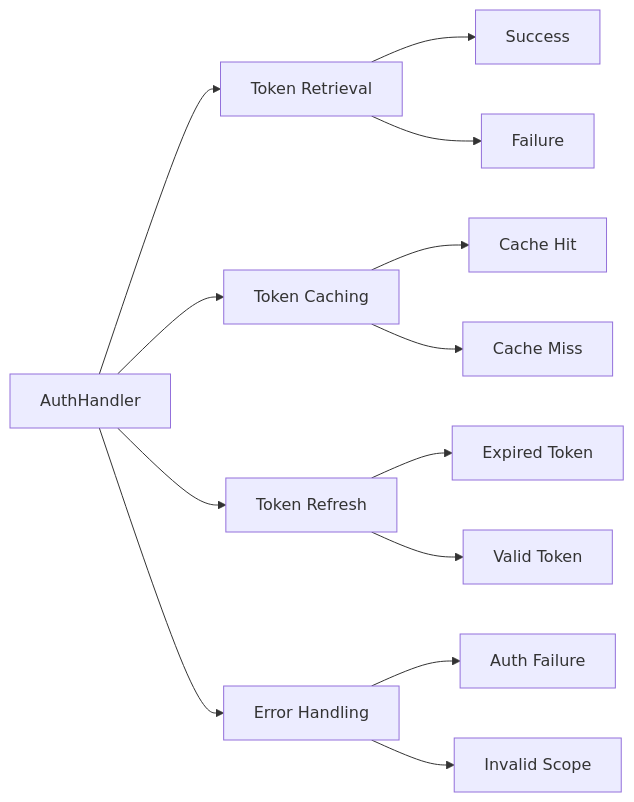
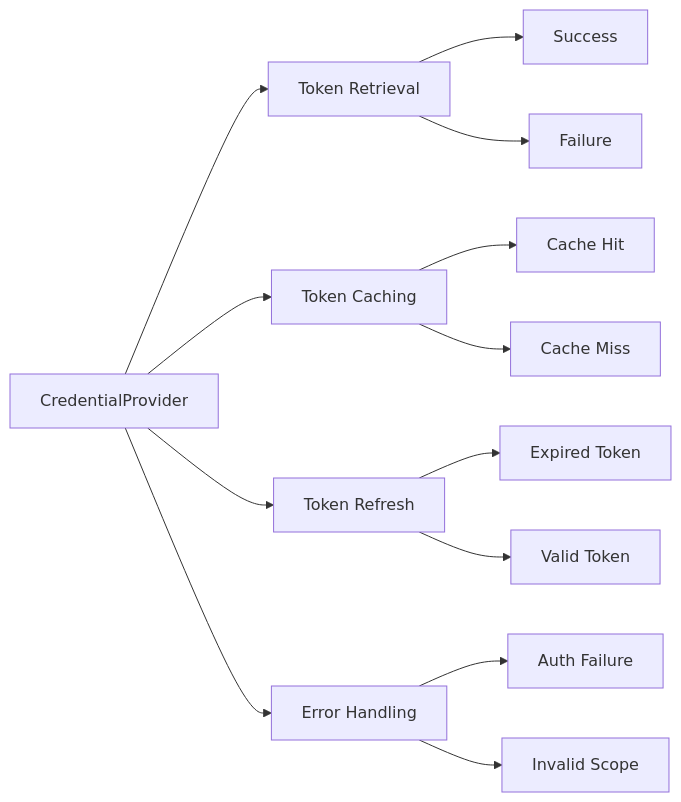
One commit to dan-costello/osdu-wireline changed the second of 2 diagrams in tests/README.md. Above: the diagram before and after it, drawn with Mermaid. The commit also changed other lines of this file and 52 other files, not shown here.

Commit message:
removing app context, auth handler, and utils (#14)

````diff
--- a/tests/README.md
+++ b/tests/README.md
@@ -73,19 +77,19 @@
 ```mermaid
 graph LR
-    A[AuthHandler] --> B[Token Retrieval]
+    A[CredentialProvider] --> B[Token Retrieval]
     A --> C[Token Caching]
     A --> D[Token Refresh]
     A --> E[Error Handling]
     
     B --> B1[Success]
     B --> B2[Failure]
     
     C --> C1[Cache Hit]
     C --> C2[Cache Miss]
     
     D --> D1[Expired Token]
     D --> D2[Valid Token]
     
     E --> E1[Auth Failure]
     E --> E2[Invalid Scope]
 ```
````
